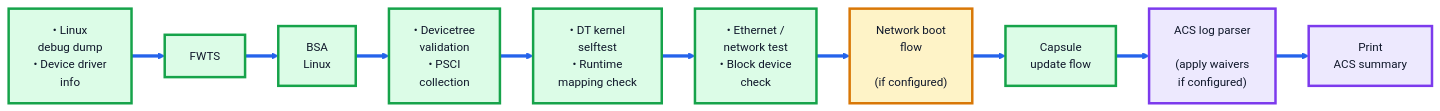
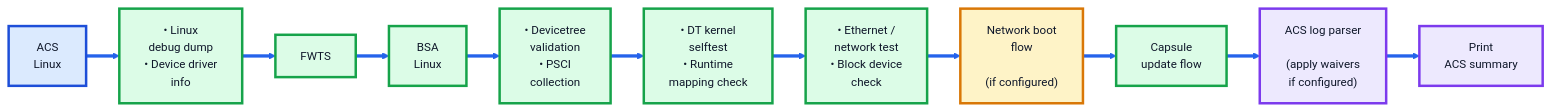
Before and after one commit to manjunath3divakar/arm-systemready: the fourth of 8 diagrams in docs/systemredy_devicetree_band_flow.md, drawn with Mermaid. The commit also changed other lines of this file, not shown here.

Commit message:
Update ACS flow diagrams in documentation

````diff
--- a/docs/systemredy_devicetree_band_flow.md
+++ b/docs/systemredy_devicetree_band_flow.md
@@ -214,48 +222,52 @@
 ```mermaid
 %%{init: {
   "theme": "base",
   "flowchart": {
     "curve": "linear",
     "nodeSpacing": 30,
     "rankSpacing": 40
   },
   "themeVariables": {
     "fontFamily": "Arial",
     "fontSize": "14px",
     "primaryBorderColor": "#0f172a",
     "lineColor": "#2563eb",
     "tertiaryColor": "#ffffff"
   }
 }}%%
 
 flowchart LR
 
     linkStyle default stroke:#2563eb,stroke-width:4px;
 
-    A["• Linux<br/>  debug dump<br/>• Device driver<br/>  info"]
-    A --> B["FWTS"]
-    B --> C["BSA<br/>Linux"]
+    A["ACS<br/>Linux"]
 
-    C --> D["• Devicetree<br/>  validation<br/>• PSCI<br/>  collection"]
+    A --> B["• Linux<br/>  debug dump<br/>• Device driver<br/>  info"]
+    B --> C["FWTS"]
+    C --> D["BSA<br/>Linux"]
 
-    D --> E["• DT kernel<br/>  selftest<br/>• Runtime<br/>  mapping check"]
+    D --> E["• Devicetree<br/>  validation<br/>• PSCI<br/>  collection"]
 
-    E --> F["• Ethernet /<br/>  network test<br/>• Block device<br/>  check"]
+    E --> F["• DT kernel<br/>  selftest<br/>• Runtime<br/>  mapping check"]
 
-    F --> G["Network boot<br/>flow<br/><br/>(if configured)"]
-    G --> H["Capsule<br/>update flow"]
+    F --> G["• Ethernet /<br/>  network test<br/>• Block device<br/>  check"]
 
-    H --> I["ACS log parser<br/><br/>(apply waivers<br/>if configured)"]
-    I --> J["Print<br/>ACS summary"]
+    G --> H["Network boot<br/>flow<br/><br/>(if configured)"]
+    H --> I["Capsule<br/>update flow"]
 
-    click G "https://github.com/manjunath3divakar/arm-systemready/blob/flow_docs/docs/systemredy_devicetree_band_flow.md#network-boot" "Go to Network Boot Flow"
-    click H "https://github.com/manjunath3divakar/arm-systemready/blob/flow_docs/docs/systemredy_devicetree_band_flow.md#capsule-update-flow" "Go to Capsule Update Flow"
+    I --> J["ACS log parser<br/><br/>(apply waivers<br/>if configured)"]
+    J --> K["Print<br/>ACS summary"]
 
+    click H "https://github.com/manjunath3divakar/arm-systemready/blob/flow_docs/docs/systemredy_devicetree_band_flow.md#network-boot" "Go to Network Boot Flow"
+    click I "https://github.com/manjunath3divakar/arm-systemready/blob/flow_docs/docs/systemredy_devicetree_band_flow.md#capsule-update-flow" "Go to Capsule Update Flow"
+
+    classDef entry fill:#dbeafe,stroke:#1d4ed8,stroke-width:3px,color:#0f172a;
     classDef linux fill:#dcfce7,stroke:#16a34a,stroke-width:3px,color:#0f172a;
     classDef optional fill:#fef3c7,stroke:#d97706,stroke-width:3px,color:#0f172a;
     classDef result fill:#ede9fe,stroke:#7c3aed,stroke-width:3px,color:#0f172a;
 
-    class A,B,C,D,E,F,H linux;
-    class G optional;
-    class I,J result;
+    class A entry;
+    class B,C,D,E,F,G,I linux;
+    class H optional;
+    class J,K result;
 ```
````
